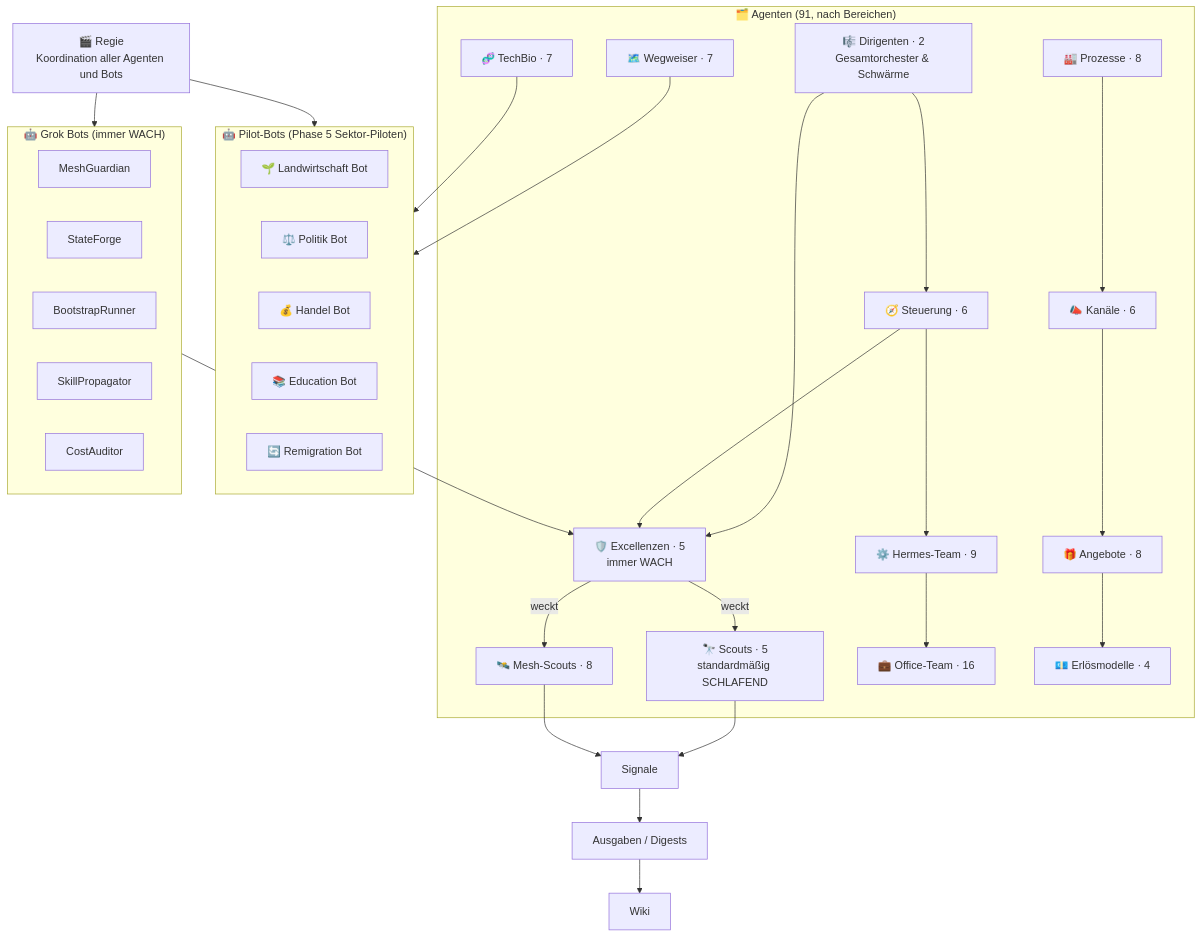
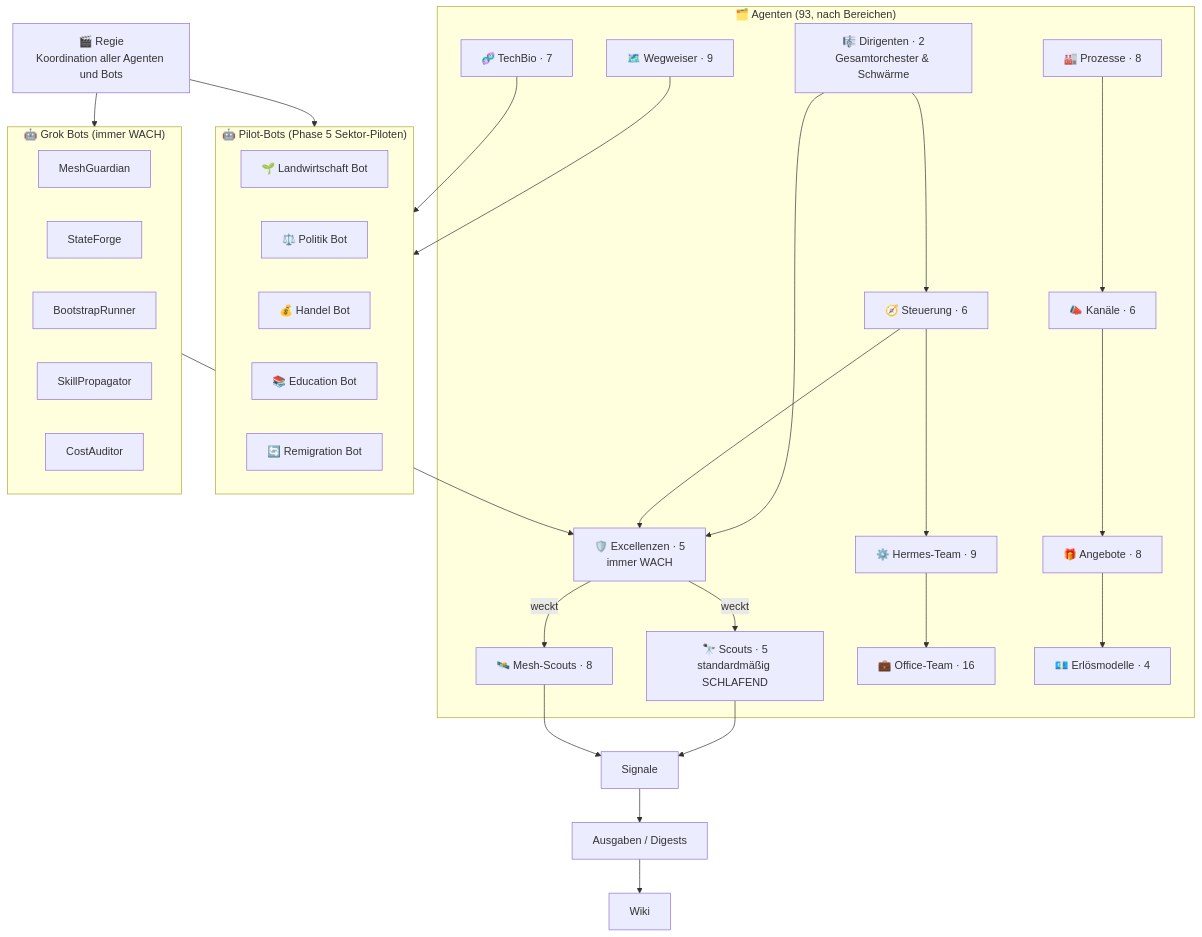
Before and after one commit to Rosary-mom/worldmonitor: the diagram in public/rosary-atlas/00-Organigramm-Mermaid.md, drawn with Mermaid. The commit also changed 2 other files, not shown here.

Commit message:
ROSARY-ATLAS: Vault-Graph anonymisiert aktualisiert (153 Notizen, 483 Verknüpfungen), 93 Agenten, Wegweiser 9

````diff
--- a/public/rosary-atlas/00-Organigramm-Mermaid.md
+++ b/public/rosary-atlas/00-Organigramm-Mermaid.md
@@ -5,56 +5,56 @@
 ```mermaid
 graph TD
     RG["🎬 Regie<br/>Koordination aller Agenten und Bots"]
 
     subgraph GrokBots["🤖 Grok Bots (immer WACH)"]
         GB1[MeshGuardian]
         GB2[StateForge]
         GB3[BootstrapRunner]
         GB4[SkillPropagator]
         GB5[CostAuditor]
     end
 
     subgraph PilotBots["🤖 Pilot-Bots (Phase 5 Sektor-Piloten)"]
         PB1[🌱 Landwirtschaft Bot]
         PB2[⚖️ Politik Bot]
         PB3[💰 Handel Bot]
         PB4[📚 Education Bot]
         PB5[🔄 Remigration Bot]
     end
 
-    subgraph Agenten["🗂️ Agenten (91, nach Bereichen)"]
+    subgraph Agenten["🗂️ Agenten (93, nach Bereichen)"]
         EX["🛡️ Excellenzen · 5<br/>immer WACH"]
         DI["🎼 Dirigenten · 2<br/>Gesamtorchester & Schwärme"]
         ST["🧭 Steuerung · 6"]
         SC["🔭 Scouts · 5<br/>standardmäßig SCHLAFEND"]
         MS["🛰️ Mesh-Scouts · 8"]
         HT["⚙️ Hermes-Team · 9"]
         OT["💼 Office-Team · 16"]
         PR["🏭 Prozesse · 8"]
         KA["📣 Kanäle · 6"]
         AN["🎁 Angebote · 8"]
         ER["💶 Erlösmodelle · 4"]
-        WE["🗺️ Wegweiser · 7"]
+        WE["🗺️ Wegweiser · 9"]
         TB["🧬 TechBio · 7"]
     end
 
     DI --> ST
     DI --> EX
     ST --> EX
     EX -->|weckt| SC
     EX -->|weckt| MS
     RG --> GrokBots
     RG --> PilotBots
     GrokBots --> EX
     ST --> HT
     HT --> OT
     SC --> SIG[Signale]
     MS --> SIG
     SIG --> SHIP[Ausgaben / Digests]
     SHIP --> WIKI[Wiki]
     PR --> KA
     KA --> AN
     AN --> ER
     WE --> PilotBots
     TB --> PilotBots
 ```
````
